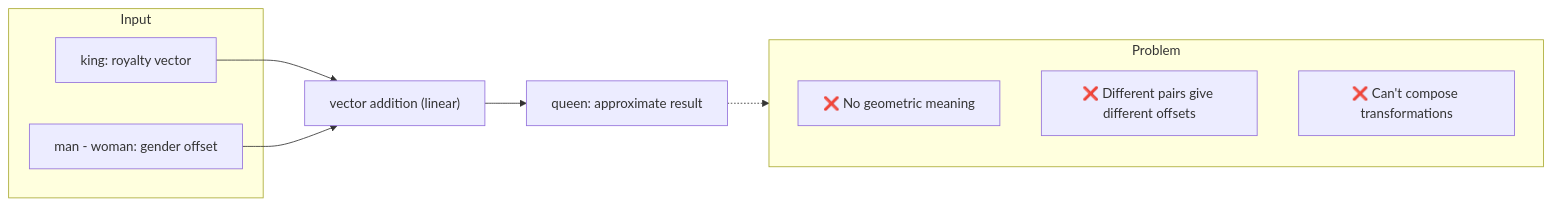
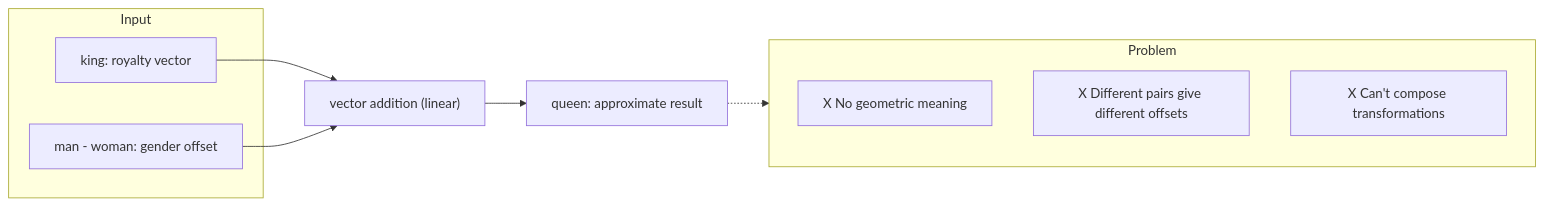
The second of 4 diagrams in manuscript.md (pebaryan/galbook), drawn with Mermaid before and after one commit. The commit also changed other lines of this file, not shown here.

First line of the commit message:
Fix mermaid diagrams: remove special chars causing parse errors

````diff
--- a/manuscript.md
+++ b/manuscript.md
@@ -418,18 +415,18 @@
 ```mermaid
 flowchart LR
     subgraph Input["Input"]
         K1["king: royalty vector"]
         V1["man - woman: gender offset"]
     end
     K1 --> Add["vector addition (linear)"]
     V1 --> Add
     Add --> Q1["queen: approximate result"]
-    
+
     subgraph Note["Problem"]
-        N1["❌ No geometric meaning"]
-        N2["❌ Different pairs give different offsets"]
-        N3["❌ Can't compose transformations"]
+        N1["X No geometric meaning"]
+        N2["X Different pairs give different offsets"]
+        N3["X Can't compose transformations"]
     end
-    
+
     Q1 -.-> Note
 ```
````
